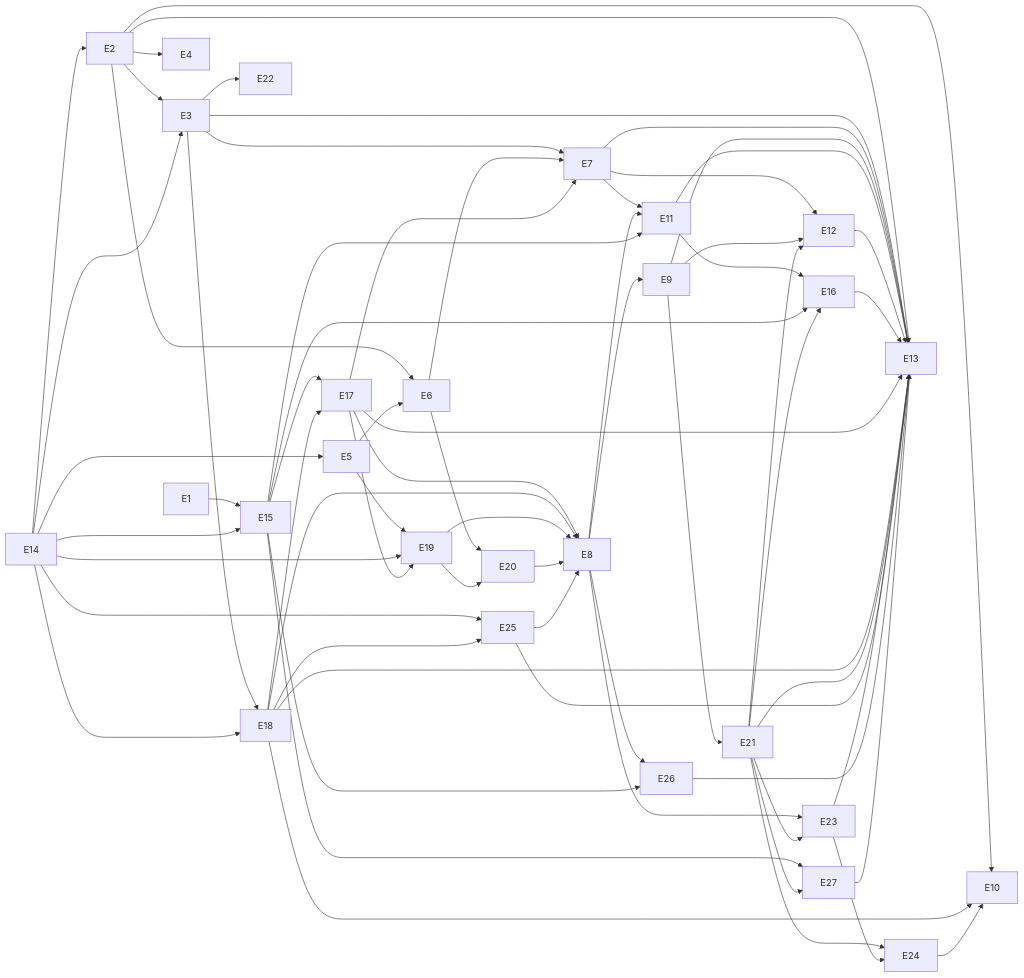
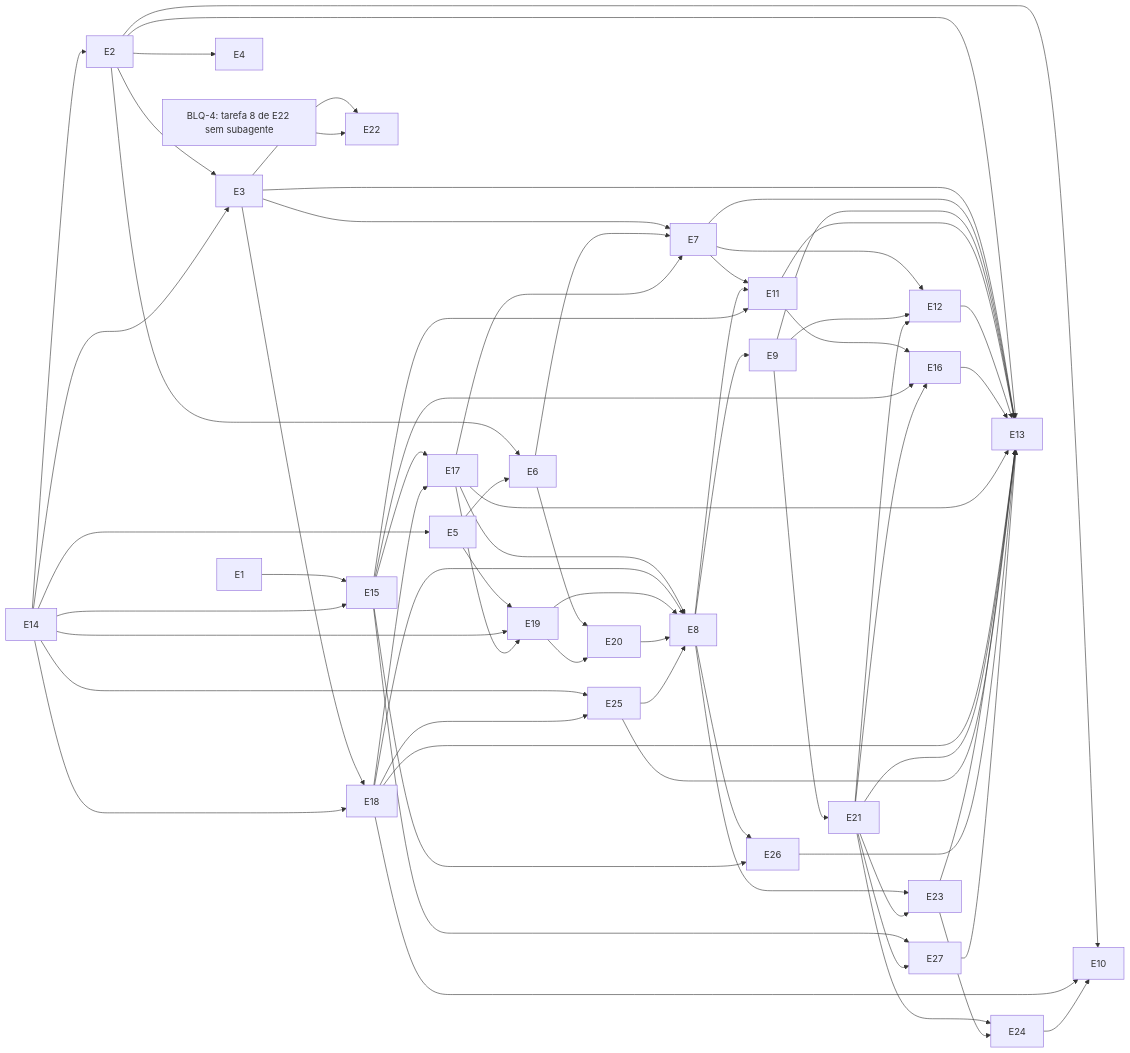
Before and after one commit to odeciojunior/claude-play: the diagram in docs/plans/roadmap-evolucao-skills/critical-path.md, drawn with Mermaid. The commit also changed other lines of this file and 2 other files, not shown here.

Commit message:
docs(roadmap): E22 bloqueado (BLQ-4), tarefa 8 é do orquestrador

````diff
--- a/docs/plans/roadmap-evolucao-skills/critical-path.md
+++ b/docs/plans/roadmap-evolucao-skills/critical-path.md
@@ -3,68 +3,69 @@
 ```mermaid
 graph LR
   E1 --> E15
   E14 --> E15
   E14 --> E2
   E2 --> E3
   E14 --> E3
   E3 --> E18
   E14 --> E18
   E14 --> E25
   E18 --> E25
   E3 --> E22
   E2 --> E4
   E15 --> E17
   E18 --> E17
   E14 --> E5
   E5 --> E19
   E14 --> E19
   E17 --> E19
   E2 --> E6
   E5 --> E6
   E6 --> E20
   E19 --> E20
   E3 --> E7
   E6 --> E7
   E17 --> E7
   E17 --> E8
   E18 --> E8
   E19 --> E8
   E20 --> E8
   E25 --> E8
   E7 --> E11
   E8 --> E11
   E15 --> E11
   E8 --> E26
   E15 --> E26
   E8 --> E9
   E9 --> E21
   E8 --> E23
   E21 --> E23
   E21 --> E24
   E23 --> E24
   E11 --> E16
   E15 --> E16
   E21 --> E16
   E15 --> E27
   E21 --> E27
   E2 --> E10
   E18 --> E10
   E24 --> E10
   E7 --> E12
   E9 --> E12
   E21 --> E12
   E2 --> E13
   E3 --> E13
   E7 --> E13
   E9 --> E13
   E11 --> E13
   E12 --> E13
   E16 --> E13
   E17 --> E13
   E18 --> E13
   E21 --> E13
   E23 --> E13
   E25 --> E13
   E26 --> E13
   E27 --> E13
+  BLQ4["BLQ-4: tarefa 8 de E22 sem subagente"] --> E22
 ```
````
